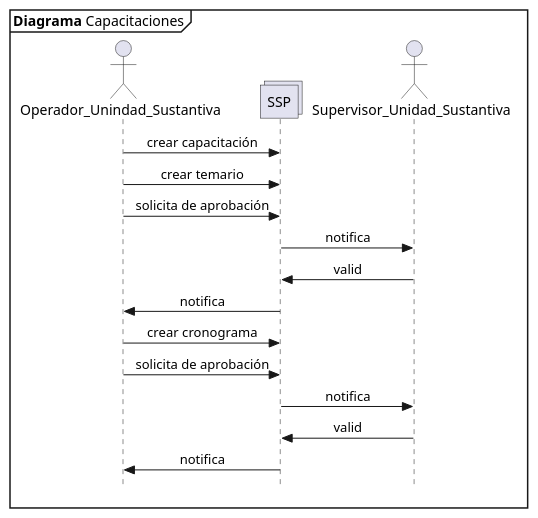
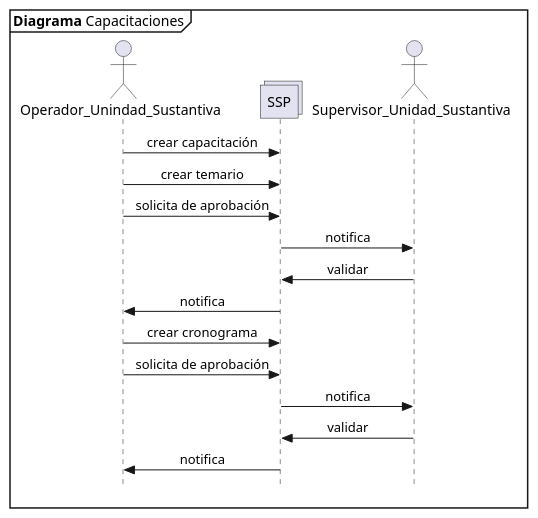
The diagram in propuesta SSP/14 registro de capacitaciones.plantuml (n1m0d0/defdiag), drawn with PlantUML before and after one commit. The commit also changed 14 other files, not shown here.

Commit message:
cambio de nombres de diagramas

```diff
--- a/propuesta SSP/14 registro de capacitaciones.plantuml
+++ b/propuesta SSP/14 registro de capacitaciones.plantuml
@@ -1,22 +1,22 @@
 @startuml Diagrama_Capacitaciones
 skinparam Style strictuml
 skinparam SequenceMessageAlignment center
 
 mainframe **Diagrama** Capacitaciones
 actor Operador_Unindad_Sustantiva as opeuni
 collections SSP
 actor Supervisor_Unidad_Sustantiva as supuni
 
 opeuni->SSP: crear capacitación
 opeuni->SSP: crear temario
 opeuni->SSP: solicita de aprobación
 SSP->supuni: notifica
-supuni->SSP: valid
+supuni->SSP: validar
 SSP->opeuni: notifica
 opeuni->SSP: crear cronograma
 opeuni->SSP: solicita de aprobación
 SSP->supuni: notifica
-supuni->SSP: valid
+supuni->SSP: validar
 SSP->opeuni: notifica
 
 @enduml
```
